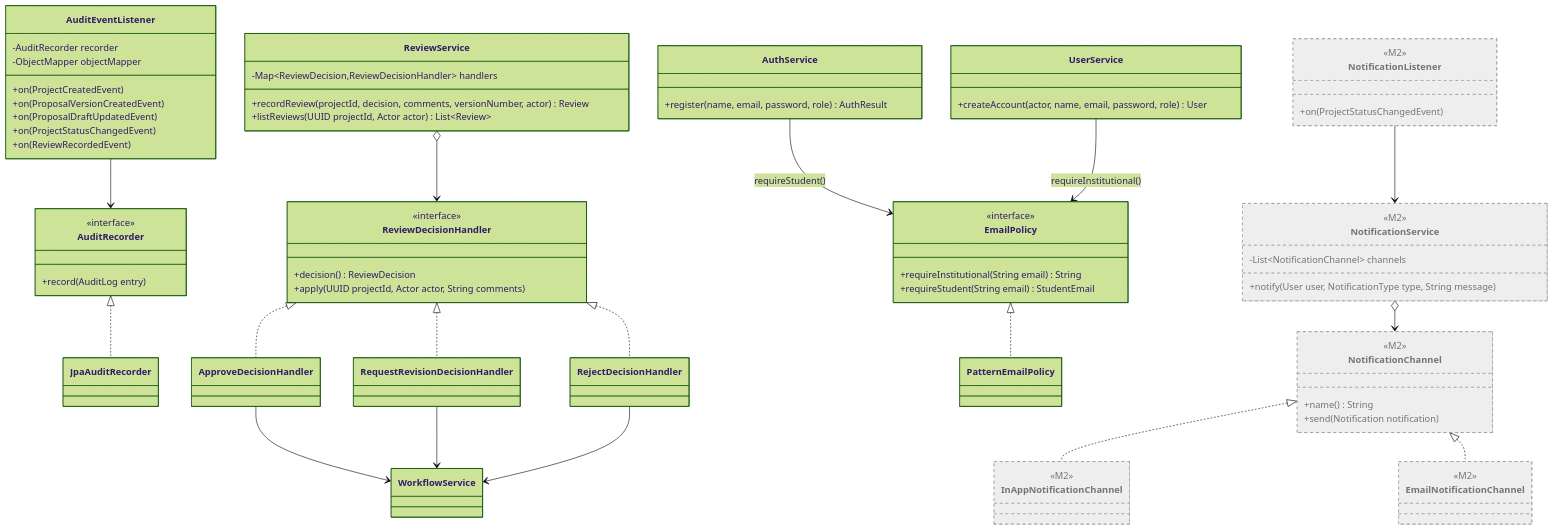
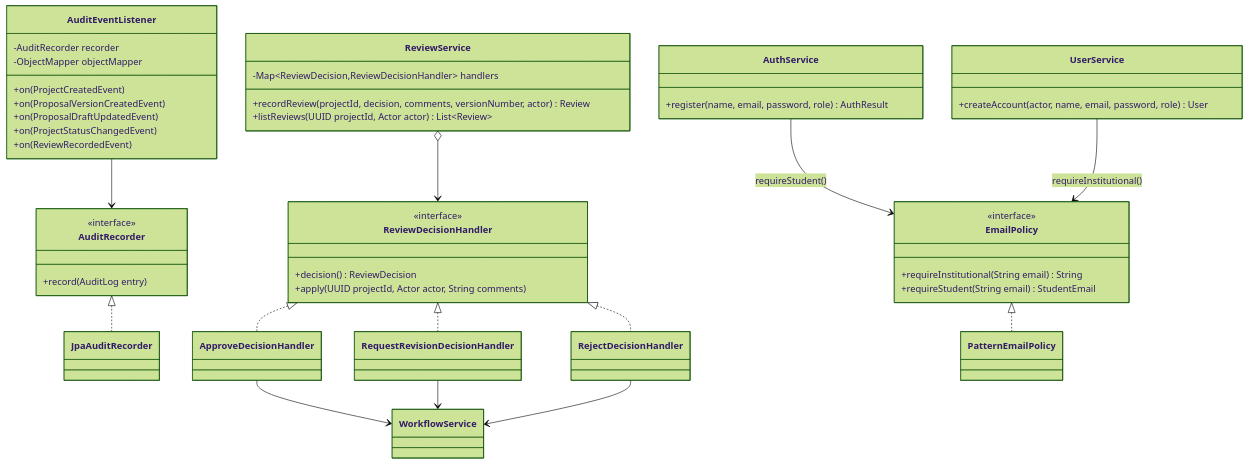
Before and after one commit to udita-0707/Prastaav: diagram 11 of 11 in docs/diagrams.md, drawn with Mermaid (forest theme). The commit also changed other lines of this file and 9 other files, not shown here.

Commit message:
docs(uml): keep only implemented elements in PlantUML and Mermaid diagrams

````diff
--- a/docs/diagrams.md
+++ b/docs/diagrams.md
@@ -646,34 +600,4 @@
   }
   AuthService --> EmailPolicy : requireStudent()
   UserService --> EmailPolicy : requireInstitutional()
-  class NotificationListener {
-    <<M2>>
-    +on(ProjectStatusChangedEvent)
-  }
-  class NotificationService {
-    <<M2>>
-    -List~NotificationChannel~ channels
-    +notify(User user, NotificationType type, String message)
-  }
-  class NotificationChannel {
-    <<M2>>
-    +name() String
-    +send(Notification notification)
-  }
-  class InAppNotificationChannel {
-    <<M2>>
-  }
-  class EmailNotificationChannel {
-    <<M2>>
-  }
-  NotificationListener --> NotificationService
-  NotificationService o--> NotificationChannel
-  NotificationChannel <|.. InAppNotificationChannel
-  NotificationChannel <|.. EmailNotificationChannel
-  classDef m2 fill:#eeeeee,stroke:#9e9e9e,stroke-dasharray:5 5,color:#757575
-  style NotificationListener fill:#eeeeee,stroke:#9e9e9e,stroke-dasharray:5 5,color:#757575
-  style NotificationService fill:#eeeeee,stroke:#9e9e9e,stroke-dasharray:5 5,color:#757575
-  style NotificationChannel fill:#eeeeee,stroke:#9e9e9e,stroke-dasharray:5 5,color:#757575
-  style InAppNotificationChannel fill:#eeeeee,stroke:#9e9e9e,stroke-dasharray:5 5,color:#757575
-  style EmailNotificationChannel fill:#eeeeee,stroke:#9e9e9e,stroke-dasharray:5 5,color:#757575
 ```
````
